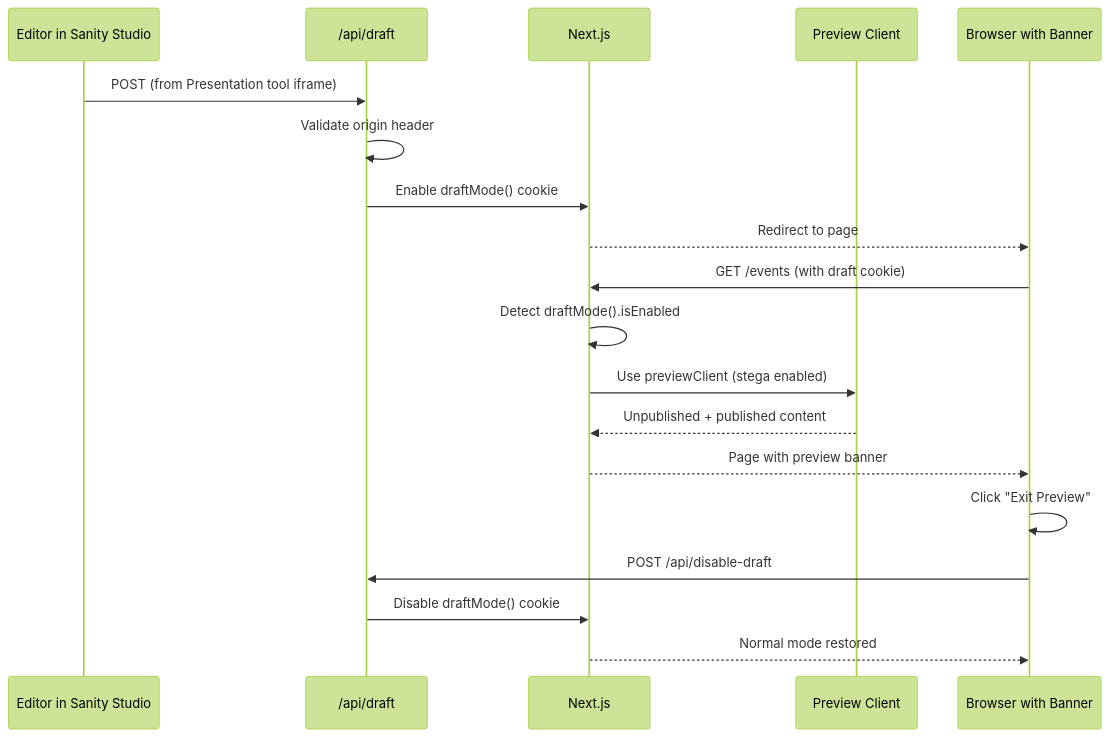
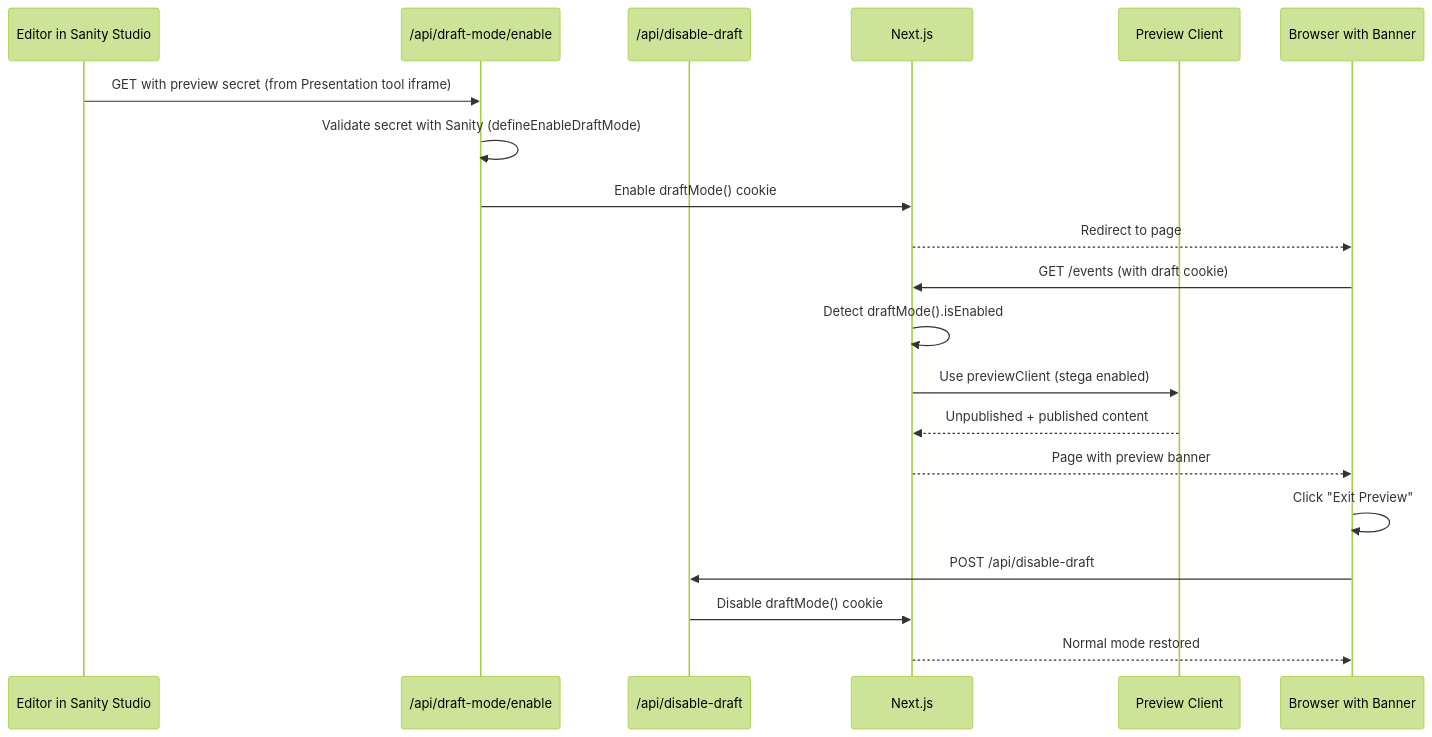
Before and after one commit to australianislamiccentre/aic-website: the fifth of 6 diagrams in docs/ARCHITECTURE.md, drawn with Mermaid (forest theme). The commit also changed 15 other files, not shown here.

First line of the commit message:
fix(security): resolve event enquiries server-side; remove legacy draft-mode endpoints

````diff
--- a/docs/ARCHITECTURE.md
+++ b/docs/ARCHITECTURE.md
@@ -163,24 +163,25 @@
 ```mermaid
 sequenceDiagram
     participant E as Editor in Sanity Studio
-    participant D as /api/draft
+    participant D as /api/draft-mode/enable
+    participant X as /api/disable-draft
     participant N as Next.js
     participant P as Preview Client
     participant B as Browser with Banner
 
-    E->>D: POST (from Presentation tool iframe)
-    D->>D: Validate origin header
+    E->>D: GET with preview secret (from Presentation tool iframe)
+    D->>D: Validate secret with Sanity (defineEnableDraftMode)
     D->>N: Enable draftMode() cookie
     N-->>B: Redirect to page
 
     B->>N: GET /events (with draft cookie)
     N->>N: Detect draftMode().isEnabled
     N->>P: Use previewClient (stega enabled)
     P-->>N: Unpublished + published content
     N-->>B: Page with preview banner
 
     B->>B: Click "Exit Preview"
-    B->>D: POST /api/disable-draft
-    D->>N: Disable draftMode() cookie
+    B->>X: POST /api/disable-draft
+    X->>N: Disable draftMode() cookie
     N-->>B: Normal mode restored
 ```
````
